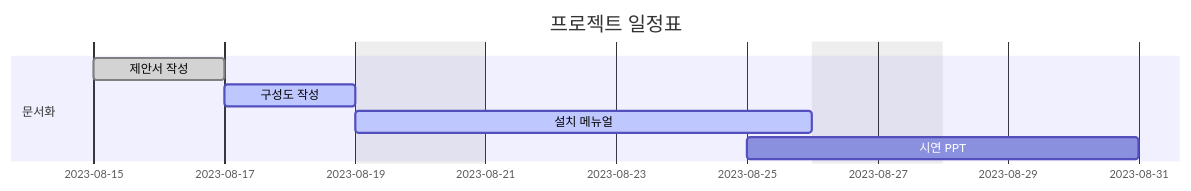
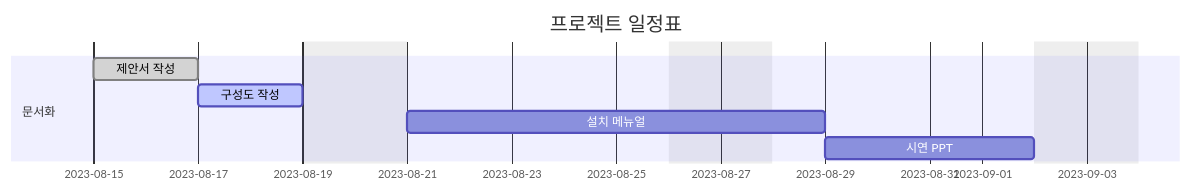
Before and after one commit to LOFL404/project1: the diagram in README.md, drawn with Mermaid.

````diff
--- a/README.md
+++ b/README.md
@@ -1,15 +1,16 @@
 ```mermaid
 gantt
     dateFormat  YYYY-MM-DD
+    axisFormat  %Y-%m-%d
     title       프로젝트 일정표
     excludes    weekends saturday,sunday
     
     section 문서화
     제안서 작성     :done,    a, 2023-08-15, 2d
     구성도 작성     :active,  b, 2023-08-17, 2d
-    설치 메뉴얼     :active,  c, 2023-08-19, 6d
-    시연 PPT        :active   d, 2023-08-25, 4d
+    설치 메뉴얼     :c, after b, 6d
+    시연 PPT        :d, after c, 4d
 
     section 구현
     
 ```
````
